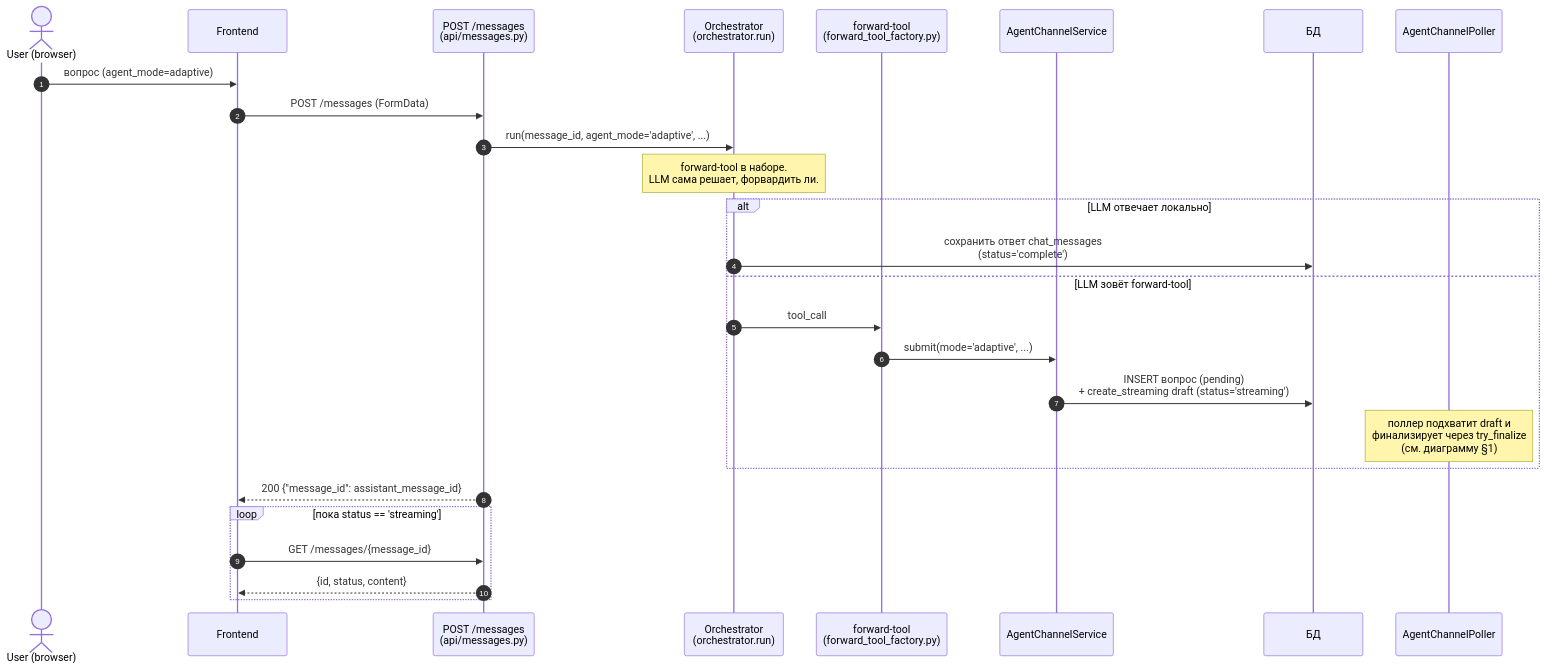
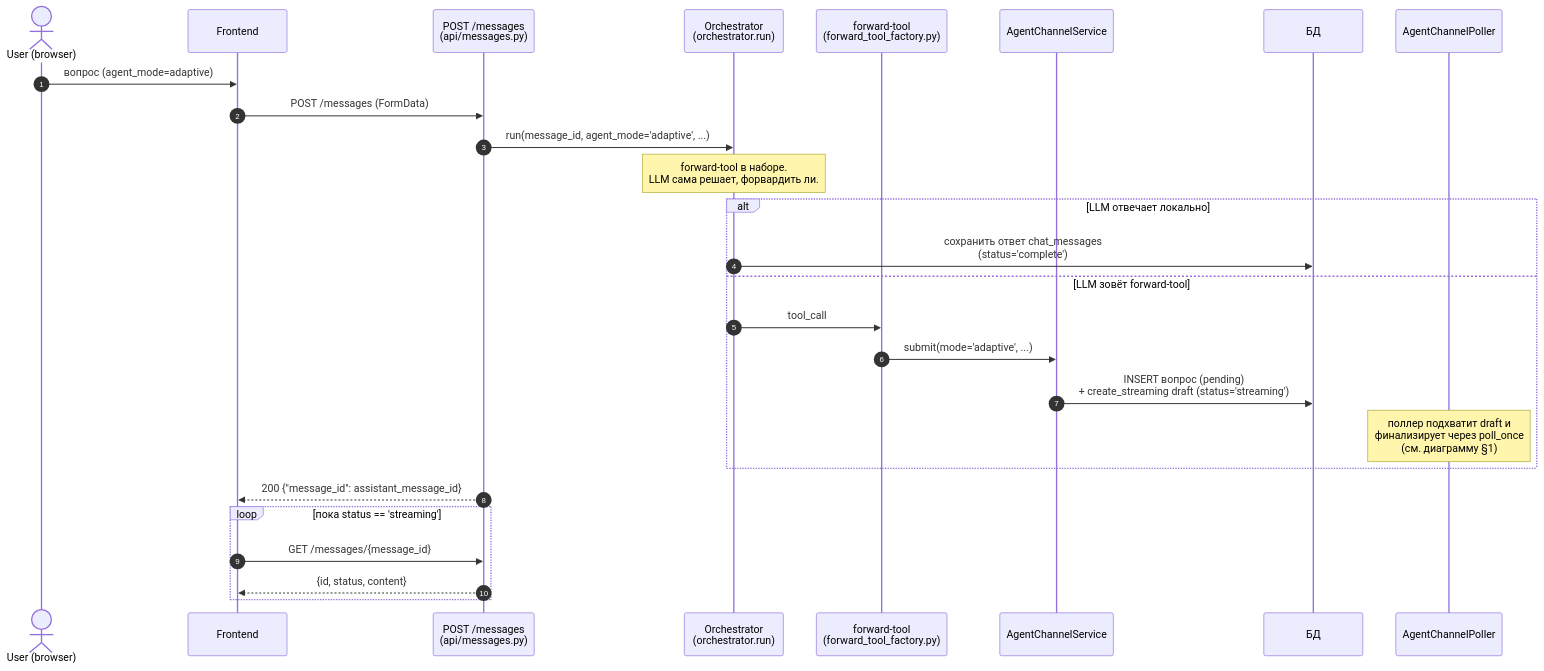
Before and after one commit to mr-Dees/Act-Constructor: the second of 2 diagrams in docs/architecture/agent-channel-sequence.md, drawn with Mermaid. The commit also changed other lines of this file and 7 other files, not shown here.

````diff
--- a/docs/architecture/agent-channel-sequence.md
+++ b/docs/architecture/agent-channel-sequence.md
@@ -116,30 +116,30 @@
 ```mermaid
 sequenceDiagram
     autonumber
     actor U as User (browser)
     participant F as Frontend
     participant API as POST /messages<br/>(api/messages.py)
     participant ORCH as Orchestrator<br/>(orchestrator.run)
     participant FT as forward-tool<br/>(forward_tool_factory.py)
     participant CS as AgentChannelService
     participant DB as БД
     participant POLL as AgentChannelPoller
 
     U->>F: вопрос (agent_mode=adaptive)
     F->>API: POST /messages (FormData)
     API->>ORCH: run(message_id, agent_mode='adaptive', ...)
     Note over ORCH: forward-tool в наборе.<br/>LLM сама решает, форвардить ли.
     alt LLM отвечает локально
         ORCH->>DB: сохранить ответ chat_messages<br/>(status='complete')
     else LLM зовёт forward-tool
         ORCH->>FT: tool_call
         FT->>CS: submit(mode='adaptive', ...)
         CS->>DB: INSERT вопрос (pending)<br/>+ create_streaming draft (status='streaming')
-        Note over POLL: поллер подхватит draft и<br/>финализирует через try_finalize<br/>(см. диаграмму §1)
+        Note over POLL: поллер подхватит draft и<br/>финализирует через poll_once<br/>(см. диаграмму §1)
     end
     API-->>F: 200 {"message_id": assistant_message_id}
     loop пока status == 'streaming'
         F->>API: GET /messages/{message_id}
         API-->>F: {id, status, content}
     end
 ```
````
